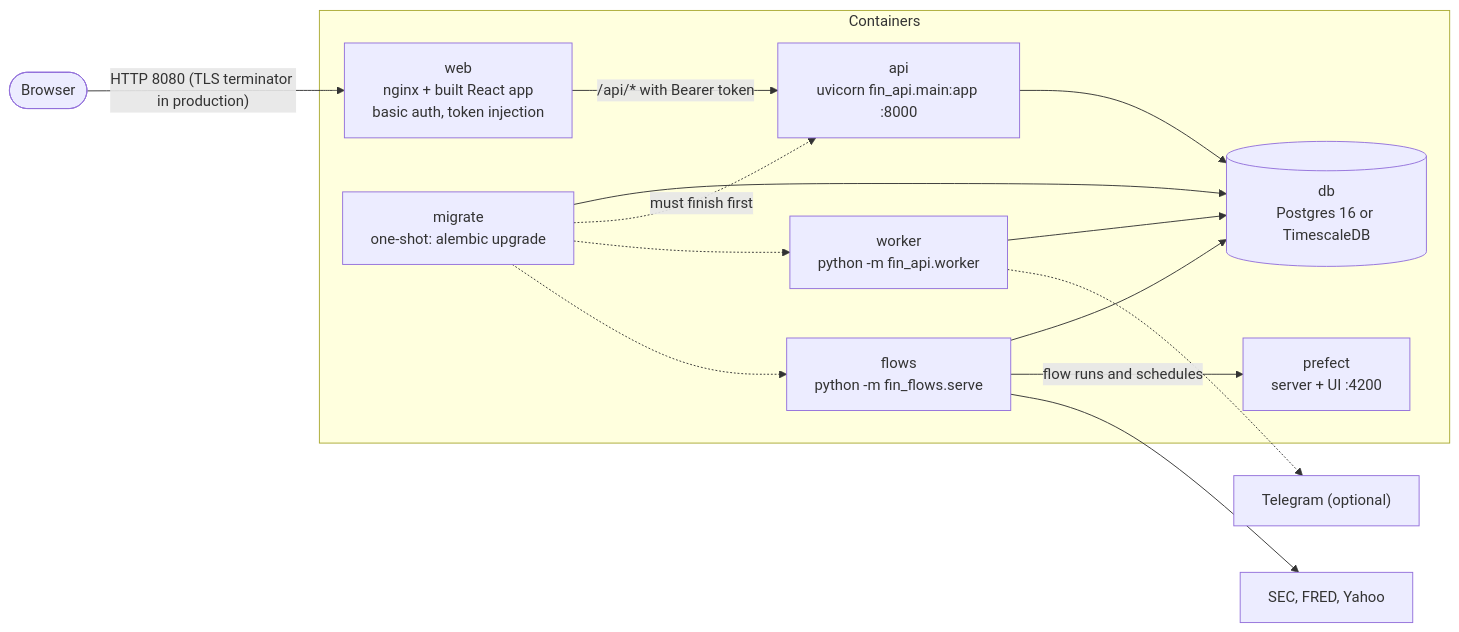
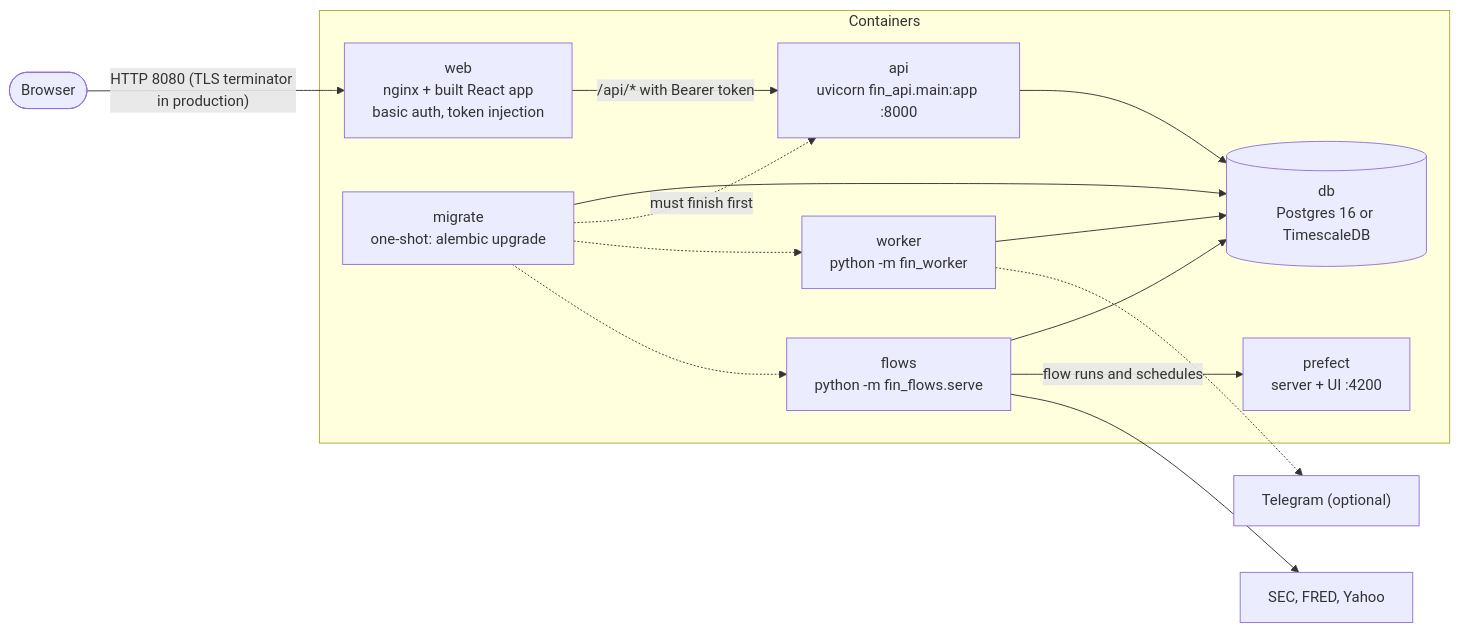
Before and after one commit to festei/fin_app: the second of 2 diagrams in docs/architecture/01-system-context.md, drawn with Mermaid. The commit also changed 77 other files, not shown here.

````diff
--- a/docs/architecture/01-system-context.md
+++ b/docs/architecture/01-system-context.md
@@ -35,24 +35,24 @@
 ```mermaid
 flowchart LR
   user(["Browser"]) -->|"HTTP 8080 (TLS terminator in production)"| web
   subgraph c["Containers"]
     web["web<br/>nginx + built React app<br/>basic auth, token injection"]
     api["api<br/>uvicorn fin_api.main:app :8000"]
-    worker["worker<br/>python -m fin_api.worker"]
+    worker["worker<br/>python -m fin_worker"]
     flows["flows<br/>python -m fin_flows.serve"]
     prefect["prefect<br/>server + UI :4200"]
     migrate["migrate<br/>one-shot: alembic upgrade"]
     db[("db<br/>Postgres 16 or TimescaleDB")]
   end
   web -->|"/api/* with Bearer token"| api
   api --> db
   worker --> db
   flows --> db
   flows -->|"flow runs and schedules"| prefect
   migrate --> db
   migrate -.->|"must finish first"| api
   migrate -.-> worker
   migrate -.-> flows
   flows --> sec["SEC, FRED, Yahoo"]
   worker -.-> tg["Telegram (optional)"]
 ```
````
